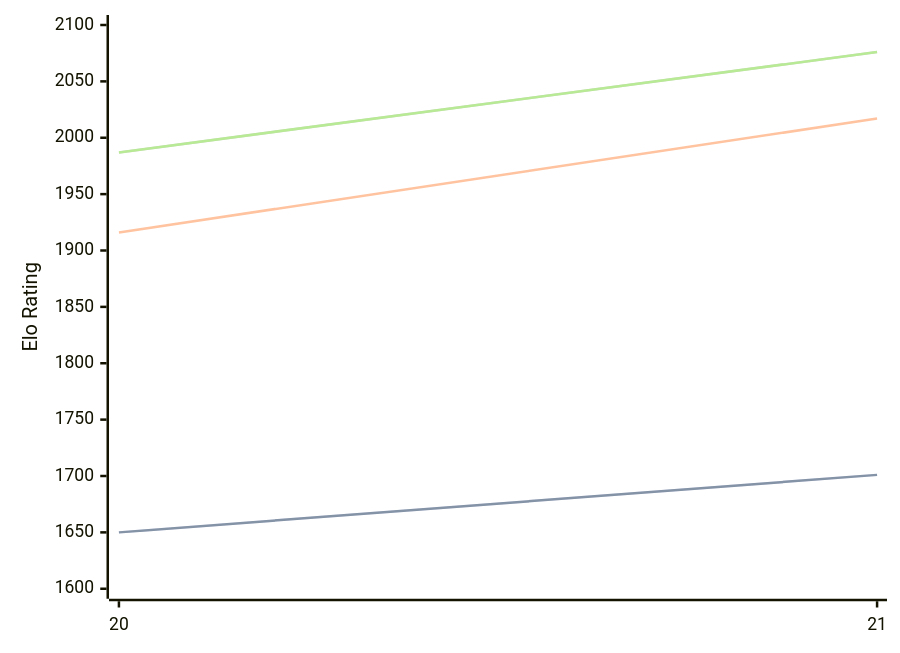
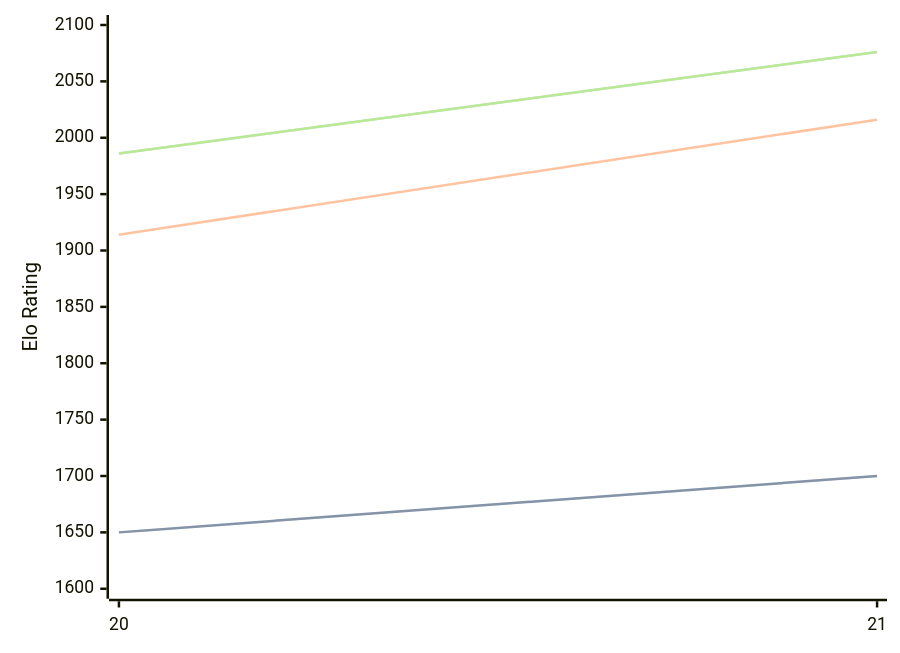
One commit to computer-chess-index/cci changed the diagram in engines/PurplePanda.md. Above: the diagram before and after it, drawn with Mermaid. The commit also changed other lines of this file, not shown here.

Commit message:
Update CCI Ratings (ELO VLTC) - 2026-10-01

````diff
--- a/engines/PurplePanda.md
+++ b/engines/PurplePanda.md
@@ -32,11 +32,11 @@
 ```mermaid
 %%{init: {"theme":"base","themeVariables":{"seriesColors:['#a3a3a3','#222221','#faa371']}}}%%
 xychart-beta
   x-axis ["20", "21"]
   y-axis "Elo Rating" 1600 --> 2100
-  line "" [1650, 1701]
-  line "STC (8.0+0.08s)" [1650, 1701]
-  line "LTC (60.0+0.60s)" [1916, 2017]
-  line "" [1987, 2076]
-  line "VLTC (2m24s+1.12s)" [1987, 2076]
+  line "" [1650, 1700]
+  line "STC (8.0+0.08s)" [1650, 1700]
+  line "LTC (60.0+0.60s)" [1914, 2016]
+  line "" [1986, 2076]
+  line "VLTC (2m24s+1.12s)" [1986, 2076]
 ```
````
